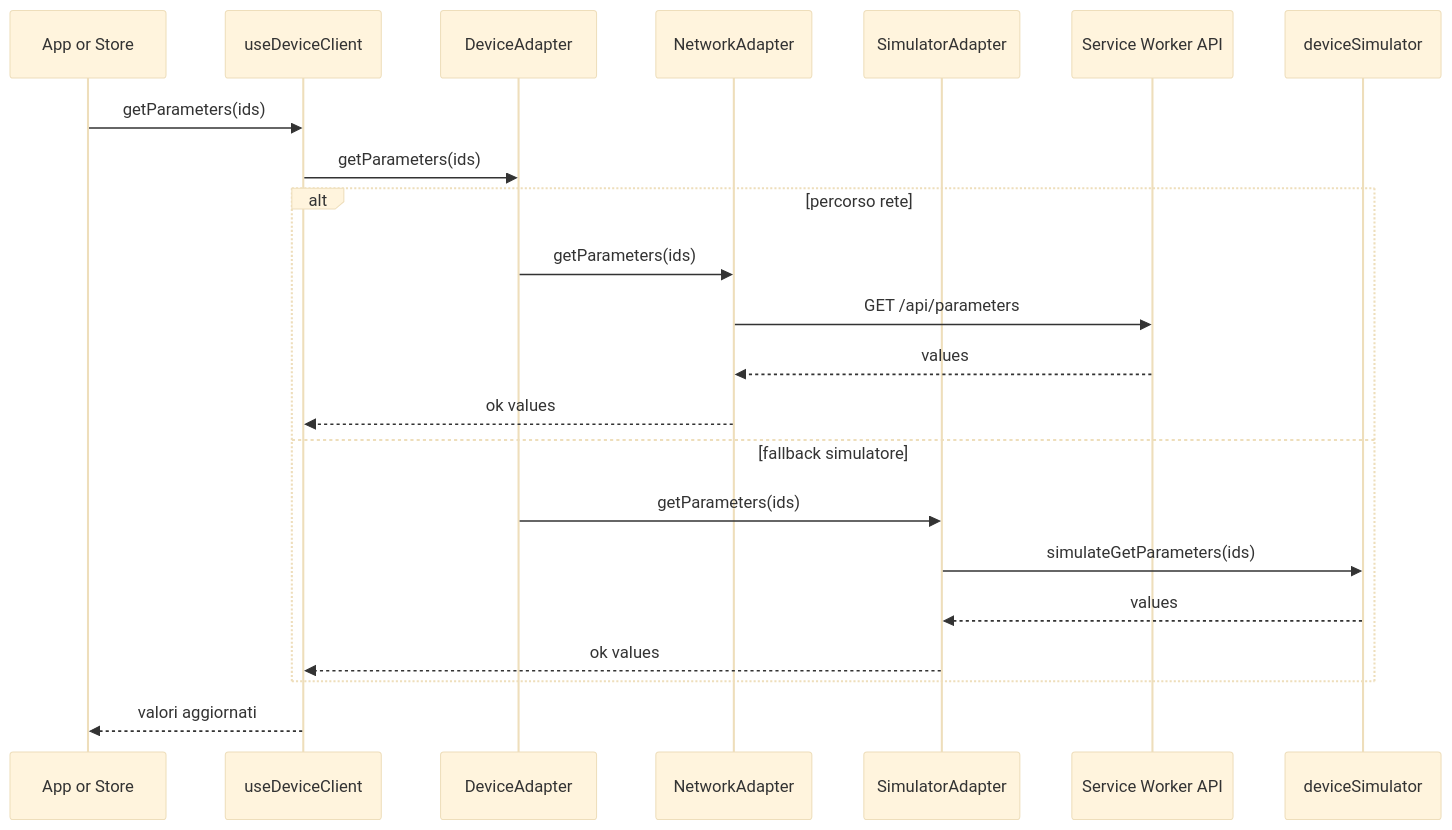
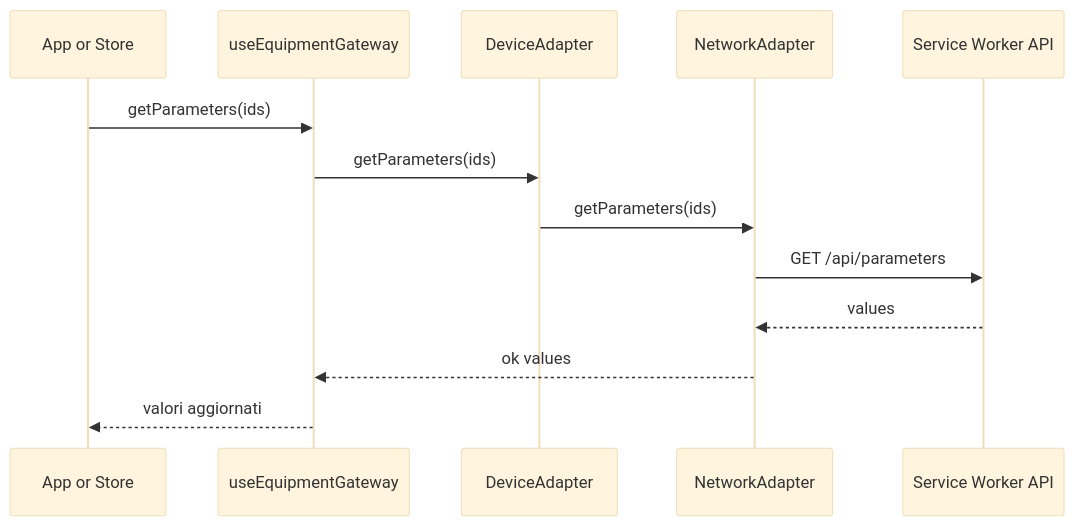
One commit to mad4j/hmi-demo changed the second of 6 diagrams in README.md. Above: the diagram before and after it, drawn with Mermaid (base theme). The commit also changed other lines of this file and 6 other files, not shown here.

First line of the commit message:
Remove direct simulator; default to NetworkAdapter

````diff
--- a/README.md
+++ b/README.md
@@ -104,25 +88,16 @@
 ```mermaid
 sequenceDiagram
   participant UI as App or Store
-  participant Client as useDeviceClient
+  participant Client as useEquipmentGateway
   participant Adapter as DeviceAdapter
   participant Net as NetworkAdapter
-  participant Sim as SimulatorAdapter
   participant SW as Service Worker API
-  participant Core as deviceSimulator
 
   UI->>Client: getParameters(ids)
   Client->>Adapter: getParameters(ids)
-  alt percorso rete
-    Adapter->>Net: getParameters(ids)
-    Net->>SW: GET /api/parameters
-    SW-->>Net: values
-    Net-->>Client: ok values
-  else fallback simulatore
-    Adapter->>Sim: getParameters(ids)
-    Sim->>Core: simulateGetParameters(ids)
-    Core-->>Sim: values
-    Sim-->>Client: ok values
-  end
+  Adapter->>Net: getParameters(ids)
+  Net->>SW: GET /api/parameters
+  SW-->>Net: values
+  Net-->>Client: ok values
   Client-->>UI: valori aggiornati
 ```
````
